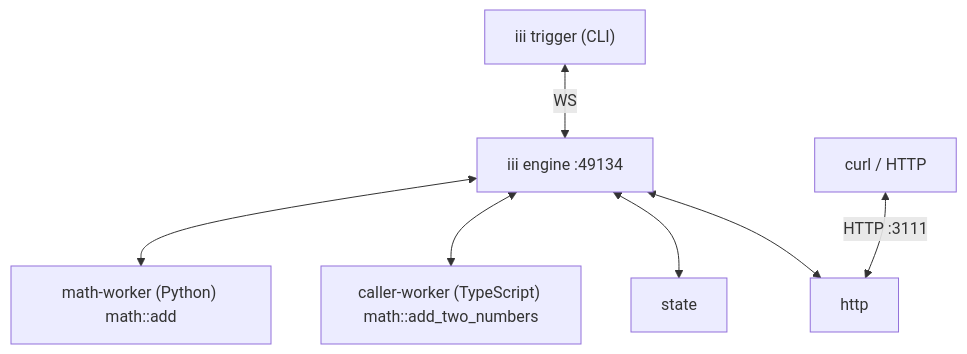
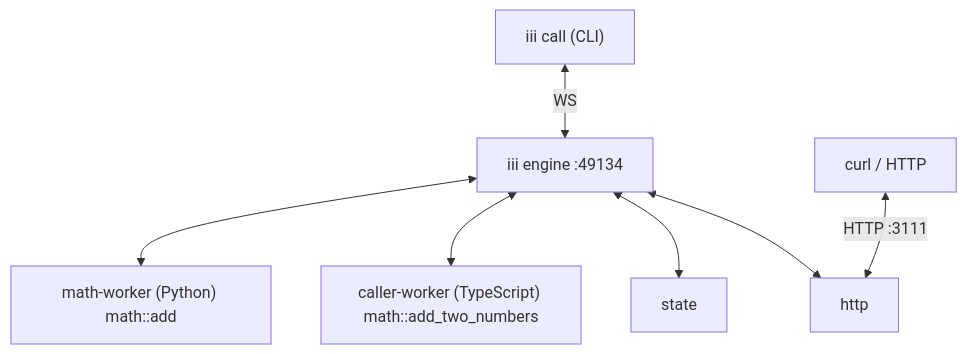
Before and after one commit to iii-hq/iii: the diagram in docs/next/understanding-iii/index.mdx, drawn with Mermaid. The commit also changed other lines of this file and 177 other files, not shown here.

````diff
--- a/docs/next/understanding-iii/index.mdx
+++ b/docs/next/understanding-iii/index.mdx
@@ -62,10 +68,10 @@
 ```mermaid
 graph TD
-  CLI["iii trigger (CLI)"] <-->|WS| Engine["iii engine :49134"]
+  CLI["iii call (CLI)"] <-->|WS| Engine["iii engine :49134"]
   HTTP["curl / HTTP"] <-->|HTTP :3111| HttpWorker
 
   Engine <--> Math["math-worker (Python) math::add"]
   Engine <--> Caller["caller-worker (TypeScript) math::add_two_numbers"]
   Engine <--> State["state"]
   Engine <--> HttpWorker["http"]
 ```
````
